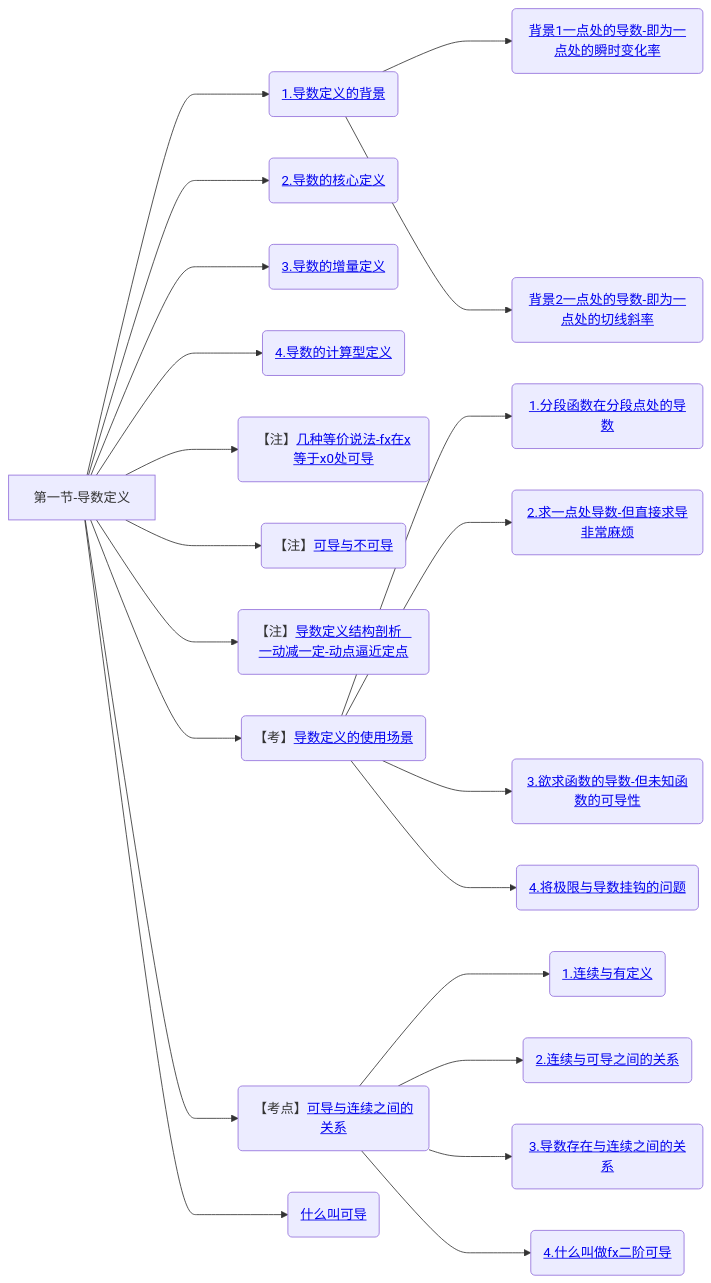
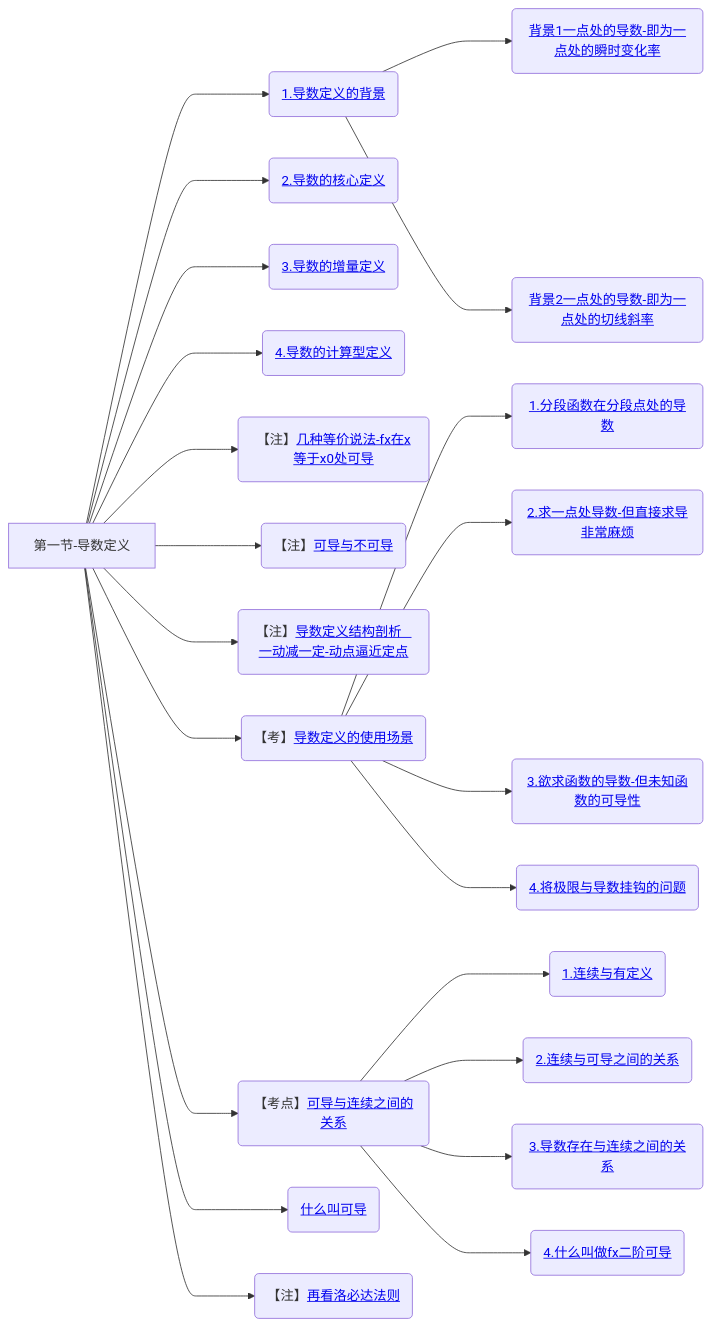
One commit to yuebinghui/note changed diagram 11 of 11 in 笔记/数学/周洋鑫/01.基础班思维导图.md. Above: the diagram before and after it, drawn with Mermaid. The commit also changed 2 other files, not shown here.

Commit message:
Sun Nov 10 12:00:00 CST 2024

````diff
--- a/笔记/数学/周洋鑫/01.基础班思维导图.md
+++ b/笔记/数学/周洋鑫/01.基础班思维导图.md
@@ -401,30 +401,31 @@
 ```mermaid
 graph LR
 第一节-导数定义
 
 第一节-导数定义--->1.导数定义的背景(<a href="/Users/yuebinghui/Documents/program/github/note/笔记/数学/周洋鑫/基础班/10.连续与间断_导数定义_1.md#1.导数定义的背景">1.导数定义的背景</>)
 1.导数定义的背景--->背景1一点处的导数-即为一点处的瞬时变化率(<a href="/Users/yuebinghui/Documents/program/github/note/笔记/数学/周洋鑫/基础班/10.连续与间断_导数定义_1.md#背景1一点处的导数-即为一点处的瞬时变化率">背景1一点处的导数-即为一点处的瞬时变化率</>)
 1.导数定义的背景--->背景2一点处的导数-即为一点处的切线斜率(<a href="/Users/yuebinghui/Documents/program/github/note/笔记/数学/周洋鑫/基础班/10.连续与间断_导数定义_1.md#背景2一点处的导数-即为一点处的切线斜率">背景2一点处的导数-即为一点处的切线斜率</>)
 
 第一节-导数定义--->2.导数的核心定义(<a href="/Users/yuebinghui/Documents/program/github/note/笔记/数学/周洋鑫/基础班/10.连续与间断_导数定义_1.md#2.导数的核心定义">2.导数的核心定义</>)
 第一节-导数定义--->3.导数的增量定义(<a href="/Users/yuebinghui/Documents/program/github/note/笔记/数学/周洋鑫/基础班/10.连续与间断_导数定义_1.md#3.导数的增量定义">3.导数的增量定义</>)
 第一节-导数定义--->4.导数的计算型定义(<a href="/Users/yuebinghui/Documents/program/github/note/笔记/数学/周洋鑫/基础班/10.连续与间断_导数定义_1.md#4.导数的计算型定义">4.导数的计算型定义</>)
 
 第一节-导数定义--->几种等价说法-fx在x等于x0处可导(【注】<a href="/Users/yuebinghui/Documents/program/github/note/笔记/数学/周洋鑫/基础班/10.连续与间断_导数定义_1.md#几种等价说法-fx在x等于x0处可导">几种等价说法-fx在x等于x0处可导</>)
 第一节-导数定义--->可导与不可导(【注】<a href="/Users/yuebinghui/Documents/program/github/note/笔记/数学/周洋鑫/基础班/10.连续与间断_导数定义_1.md#可导与不可导">可导与不可导</>)
 第一节-导数定义--->导数定义结构剖析-一动减一定-动点逼近定点(【注】<a href="/Users/yuebinghui/Documents/program/github/note/笔记/数学/周洋鑫/基础班/10.连续与间断_导数定义_1.md#导数定义结构剖析-一动减一定-动点逼近定点">导数定义结构剖析   一动减一定-动点逼近定点</>)
 
 第一节-导数定义--->导数定义的使用场景(【考】<a href="/Users/yuebinghui/Documents/program/github/note/笔记/数学/周洋鑫/基础班/10.连续与间断_导数定义_1.md#导数定义的使用场景">导数定义的使用场景</>)
 导数定义的使用场景--->1.分段函数在分段点处的导数(<a href="/Users/yuebinghui/Documents/program/github/note/笔记/数学/周洋鑫/基础班/10.连续与间断_导数定义_1.md#1.分段函数在分段点处的导数">1.分段函数在分段点处的导数</>)
 导数定义的使用场景--->2.求一点处导数-但直接求导非常麻烦(<a href="/Users/yuebinghui/Documents/program/github/note/笔记/数学/周洋鑫/基础班/10.连续与间断_导数定义_1.md#2.求一点处导数-但直接求导非常麻烦">2.求一点处导数-但直接求导非常麻烦</>)
 导数定义的使用场景--->3.欲求函数的导数-但未知函数的可导性(<a href="/Users/yuebinghui/Documents/program/github/note/笔记/数学/周洋鑫/基础班/10.连续与间断_导数定义_1.md#3.欲求函数的导数-但未知函数的可导性">3.欲求函数的导数-但未知函数的可导性</>)
 导数定义的使用场景--->4.将极限与导数挂钩的问题(<a href="/Users/yuebinghui/Documents/program/github/note/笔记/数学/周洋鑫/基础班/10.连续与间断_导数定义_1.md#4.将极限与导数挂钩的问题">4.将极限与导数挂钩的问题</>)
 
 第一节-导数定义--->可导与连续之间的关系(【考点】<a href="/Users/yuebinghui/Documents/program/github/note/笔记/数学/周洋鑫/基础班/10.连续与间断_导数定义_1.md#可导与连续之间的关系">可导与连续之间的关系</>)
 可导与连续之间的关系--->1.连续与有定义(<a href="/Users/yuebinghui/Documents/program/github/note/笔记/数学/周洋鑫/基础班/10.连续与间断_导数定义_1.md#1.连续与有定义">1.连续与有定义</>)
 可导与连续之间的关系--->2.连续与可导之间的关系(<a href="/Users/yuebinghui/Documents/program/github/note/笔记/数学/周洋鑫/基础班/10.连续与间断_导数定义_1.md#2.连续与可导之间的关系">2.连续与可导之间的关系</>)
 可导与连续之间的关系--->3.导数存在与连续之间的关系(<a href="/Users/yuebinghui/Documents/program/github/note/笔记/数学/周洋鑫/基础班/10.连续与间断_导数定义_1.md#3.导数存在与连续之间的关系">3.导数存在与连续之间的关系</>)
 可导与连续之间的关系--->4.什么叫做fx二阶可导(<a href="/Users/yuebinghui/Documents/program/github/note/笔记/数学/周洋鑫/基础班/10.连续与间断_导数定义_1.md#4.什么叫做fx二阶可导">4.什么叫做fx二阶可导</>)
 
 第一节-导数定义--->什么叫可导(<a href="/Users/yuebinghui/Documents/program/github/note/笔记/数学/周洋鑫/基础班/11.导数定义_2.md#什么叫可导">什么叫可导</>)
+第一节-导数定义--->再看洛必达法则(【注】<a href="/Users/yuebinghui/Documents/program/github/note/笔记/数学/周洋鑫/基础班/11.导数定义_2.md#再看洛必达法则">再看洛必达法则</>)
 ```
````
